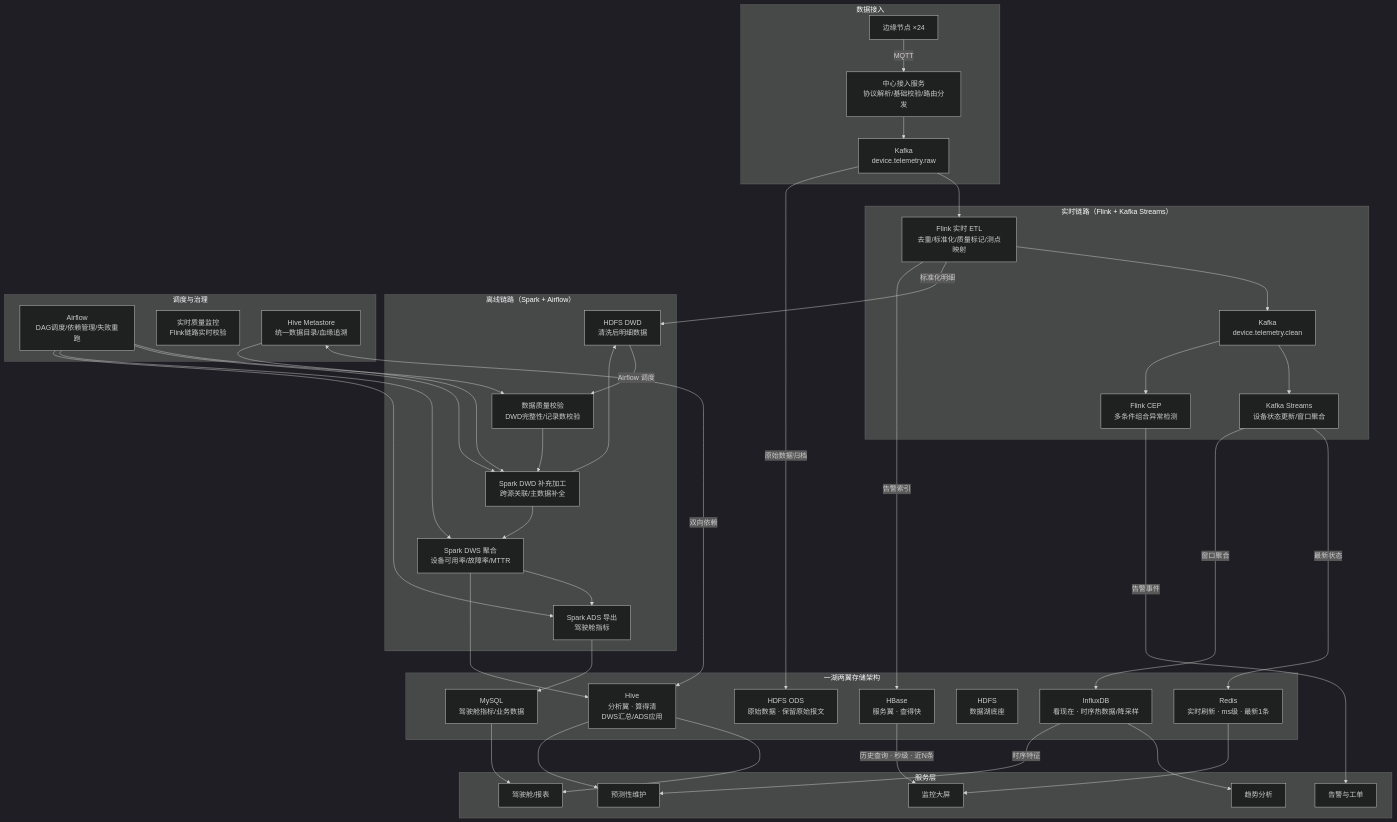
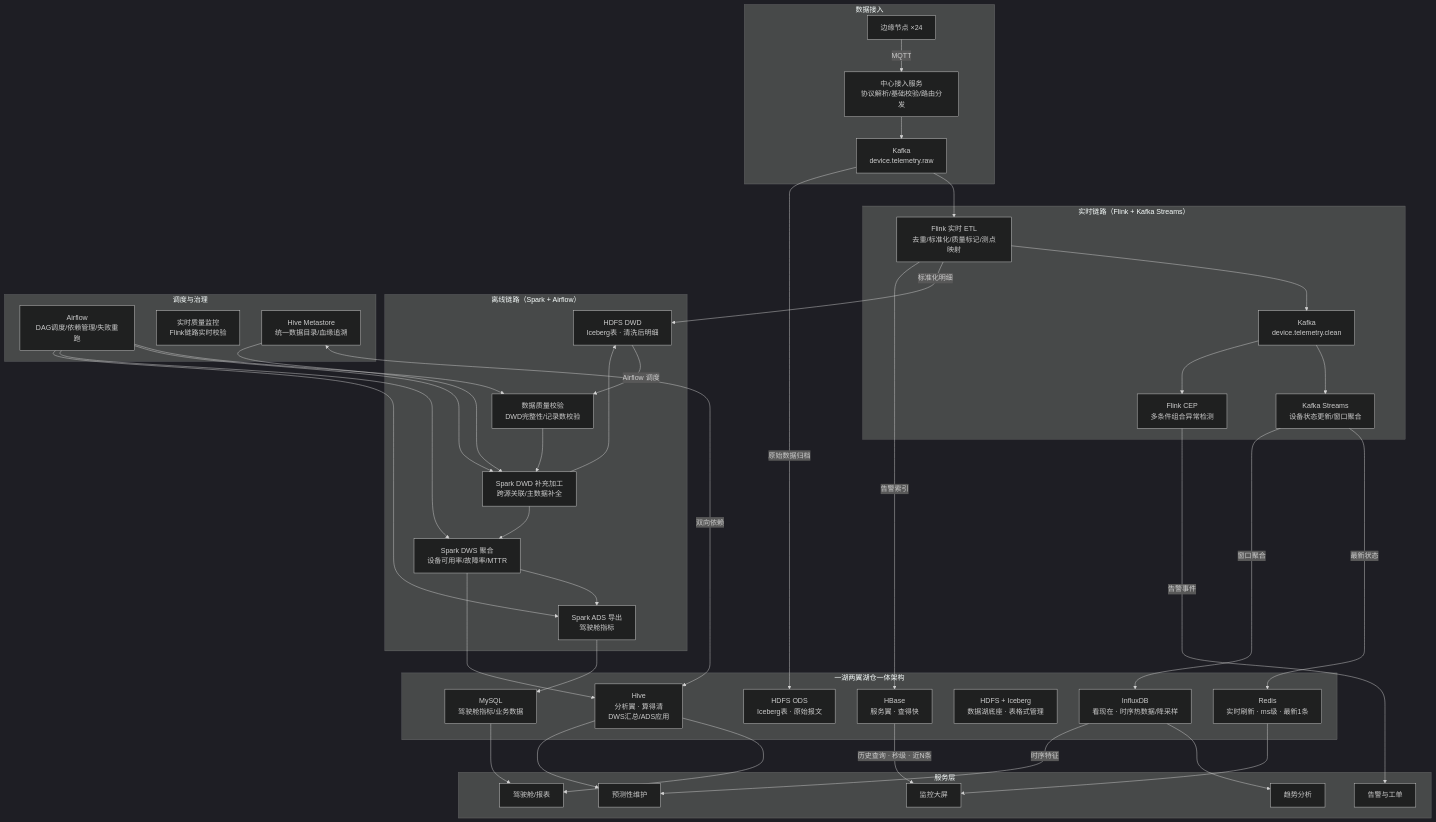
Before and after one commit to dptdptdpt1/26_jgs_lw: the second of 6 diagrams in 项目图示.md, drawn with Mermaid (dark theme). The commit also changed other lines of this file and 1 other file, not shown here.

````diff
--- a/项目图示.md
+++ b/项目图示.md
@@ -62,72 +62,72 @@
 ```mermaid
 flowchart TD
     subgraph 数据接入
         A["边缘节点 ×24"] -->|MQTT| B["中心接入服务<br/>协议解析/基础校验/路由分发"]
         B --> C1["Kafka<br/>device.telemetry.raw"]
     end
 
     subgraph 实时链路["实时链路（Flink + Kafka Streams）"]
         C1 --> E["Flink 实时 ETL<br/>去重/标准化/质量标记/测点映射"]
         E --> C2["Kafka<br/>device.telemetry.clean"]
         C2 --> D["Kafka Streams<br/>设备状态更新/窗口聚合"]
         C2 --> F["Flink CEP<br/>多条件组合异常检测"]
     end
 
     D -->|最新状态| P["Redis<br/>实时刷新 · ms级 · 最新1条"]
     D -->|窗口聚合| N["InfluxDB<br/>看现在 · 时序热数据/降采样"]
-    C1 -->|原始数据归档| G["HDFS ODS<br/>原始数据 · 保留原始报文"]
-    E -->|标准化明细| G3["HDFS DWD<br/>清洗后明细数据"]
+    C1 -->|原始数据归档| G["HDFS ODS<br/>Iceberg表 · 原始报文"]
+    E -->|标准化明细| G3["HDFS DWD<br/>Iceberg表 · 清洗后明细"]
     E -->|告警索引| L["HBase<br/>服务翼 · 查得快"]
     F -->|告警事件| R["告警与工单"]
 
     subgraph 离线链路["离线链路（Spark + Airflow）"]
         G3 -->|Airflow 调度| G2["数据质量校验<br/>DWD完整性/记录数校验"]
         G2 --> H["Spark DWD 补充加工<br/>跨源关联/主数据补全"]
         H --> I["Spark DWS 聚合<br/>设备可用率/故障率/MTTR"]
         I --> J["Spark ADS 导出<br/>驾驶舱指标"]
     end
 
-    subgraph 存储层["一湖两翼存储架构"]
-        K["HDFS<br/>数据湖底座"]
+    subgraph 存储层["一湖两翼湖仓一体架构"]
+        K["HDFS + Iceberg<br/>数据湖底座 · 表格式管理"]
         L
         G
         G3
         M["Hive<br/>分析翼 · 算得清<br/>DWS汇总/ADS应用"]
         N
         O["MySQL<br/>驾驶舱指标/业务数据"]
         P
     end
 
     subgraph 服务层
         Q["监控大屏"]
         R
         S["驾驶舱/报表"]
         T["趋势分析"]
         U["预测性维护"]
     end
 
     H --> G3
     I --> M
     J --> O
 
     P --> Q
     L -->|历史查询 · 秒级 · 近N条| Q
     N --> T
     O --> S
     M --> S
     M --> U
     N -->|时序特征| U
 
     subgraph 调度与治理
         V["Airflow<br/>DAG调度/依赖管理/失败重跑"]
         W["实时质量监控<br/>Flink链路实时校验"]
         X["Hive Metastore<br/>统一数据目录/血缘追溯"]
     end
 
     V --> G2
     V --> H
     V --> I
     V --> J
     X <-->|双向依赖| M
     X --> H
 ```
````
